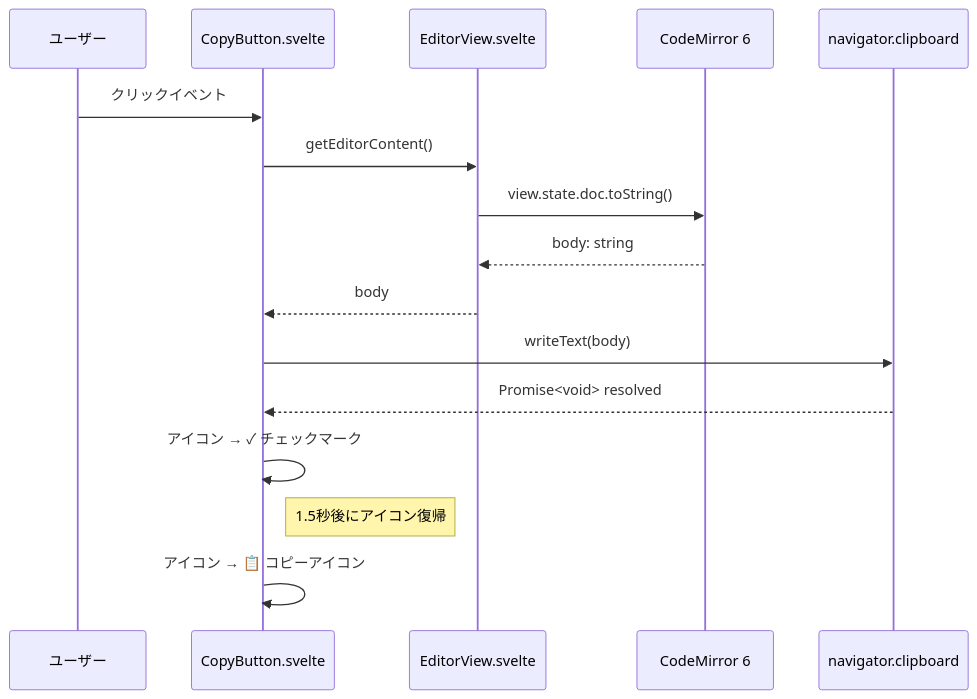
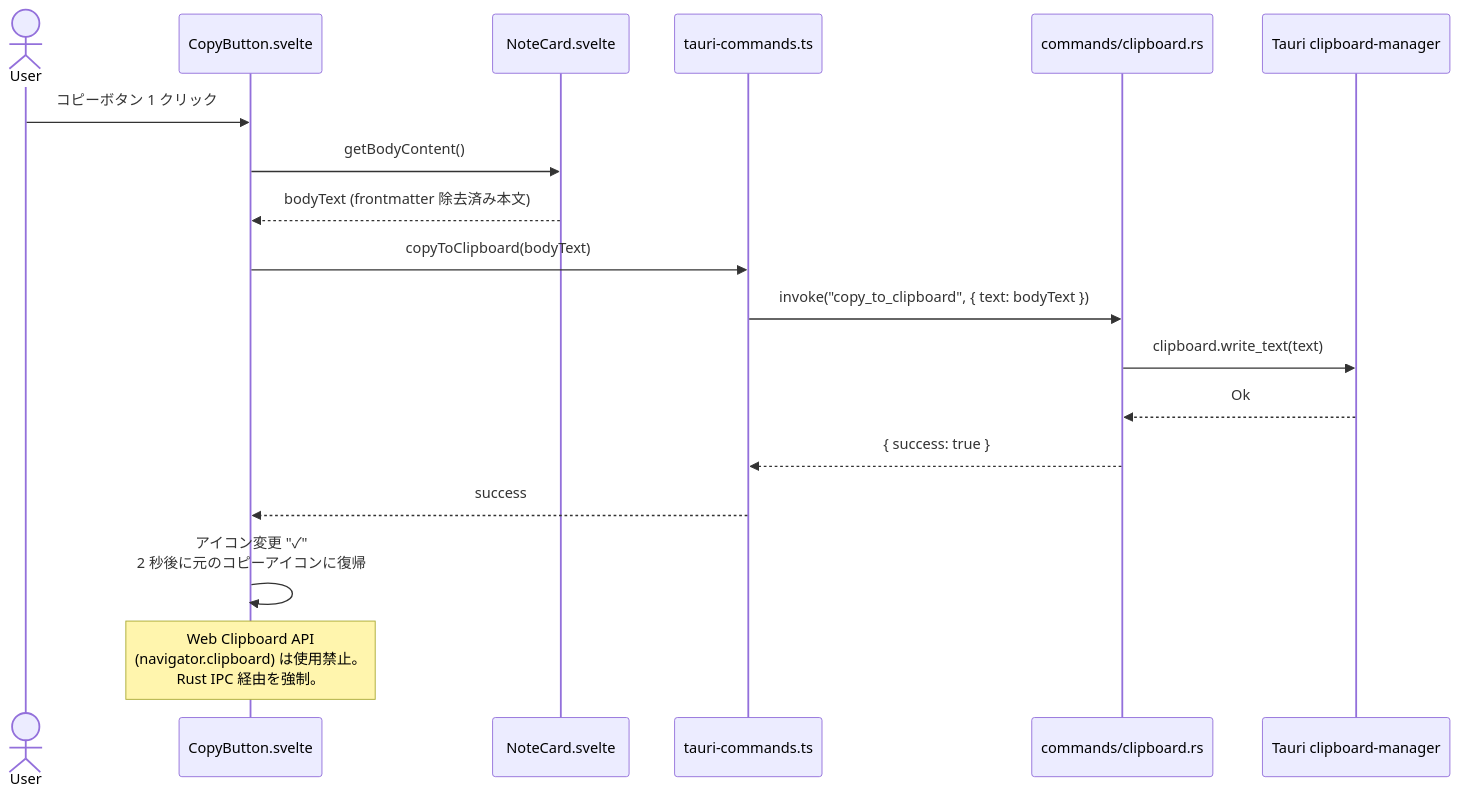
The second of 4 diagrams in docs/detailed_design/editor_clipboard_design.md (dev-komenzar/prompt-notes), drawn with Mermaid before and after one commit. The commit also changed other lines of this file and 12 other files, not shown here.

````diff
--- a/docs/detailed_design/editor_clipboard_design.md
+++ b/docs/detailed_design/editor_clipboard_design.md
@@ -147,19 +105,22 @@
 ```mermaid
 sequenceDiagram
-    participant User as ユーザー
+    actor User
     participant CB as CopyButton.svelte
-    participant EV as EditorView.svelte
-    participant CM6 as CodeMirror 6
-    participant Clip as navigator.clipboard
+    participant NC as NoteCard.svelte
+    participant TC as tauri-commands.ts
+    participant CmdClip as commands/clipboard.rs
+    participant ClipPlugin as Tauri clipboard-manager
 
-    User->>CB: クリックイベント
-    CB->>EV: getEditorContent()
-    EV->>CM6: view.state.doc.toString()
-    CM6-->>EV: body: string
-    EV-->>CB: body
-    CB->>Clip: writeText(body)
-    Clip-->>CB: Promise<void> resolved
-    CB->>CB: アイコン → ✓ チェックマーク
-    Note right of CB: 1.5秒後にアイコン復帰
-    CB->>CB: アイコン → 📋 コピーアイコン
+    User->>CB: コピーボタン 1 クリック
+    CB->>NC: getBodyContent()
+    NC-->>CB: bodyText (frontmatter 除去済み本文)
+    CB->>TC: copyToClipboard(bodyText)
+    TC->>CmdClip: invoke("copy_to_clipboard", { text: bodyText })
+    CmdClip->>ClipPlugin: clipboard.write_text(text)
+    ClipPlugin-->>CmdClip: Ok
+    CmdClip-->>TC: { success: true }
+    TC-->>CB: success
+    CB->>CB: アイコン変更 "✓"<br/>2 秒後に元のコピーアイコンに復帰
+
+    Note over CB: Web Clipboard API<br/>(navigator.clipboard) は使用禁止。<br/>Rust IPC 経由を強制。
 ```
````
